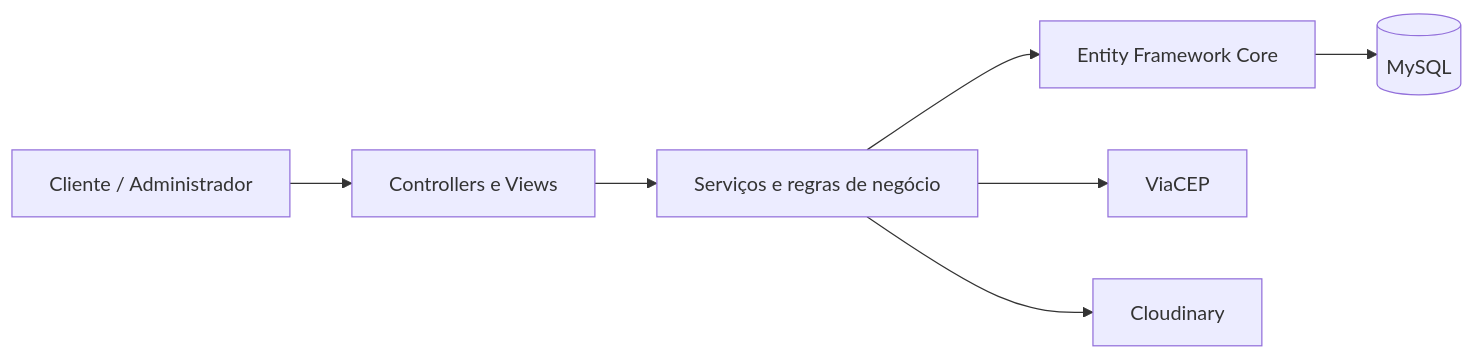
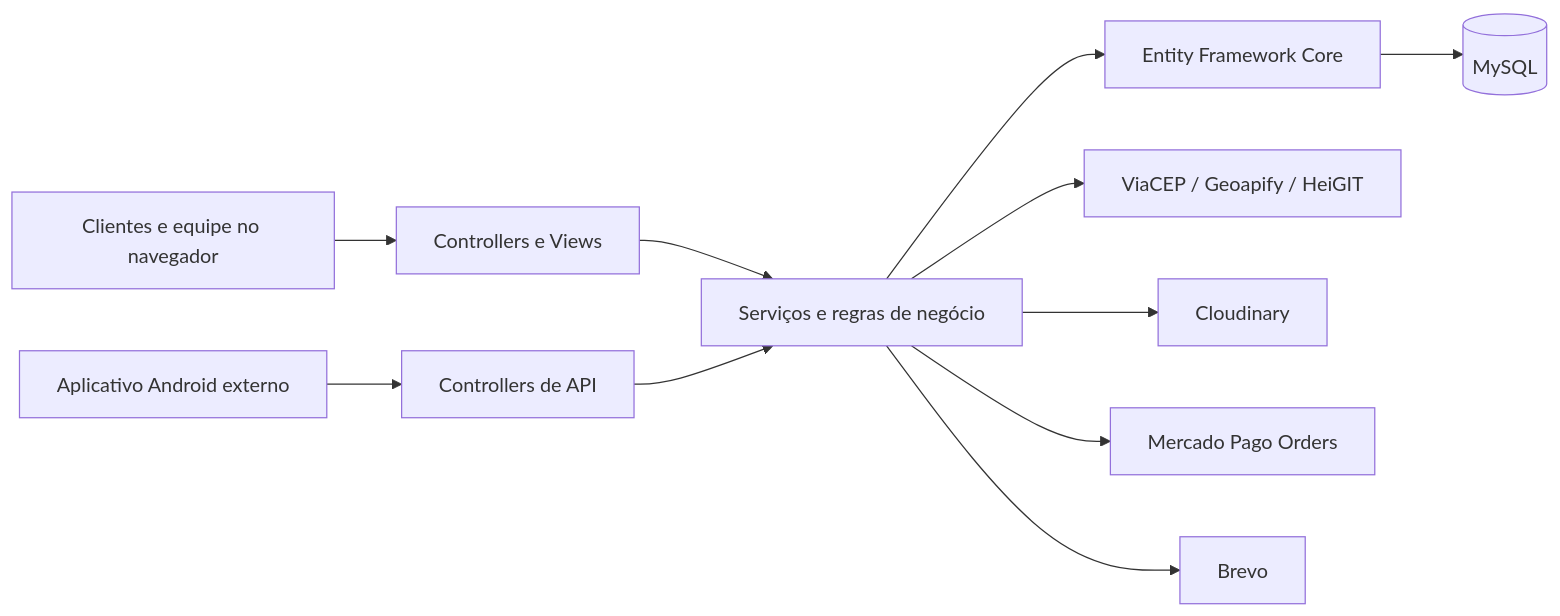
One commit to GhostRiley115/KioraRestaurante changed the diagram in README.md. Above: the diagram before and after it, drawn with Mermaid. The commit also changed other lines of this file and 268 other files, not shown here.

````diff
--- a/README.md
+++ b/README.md
@@ -46,9 +52,13 @@
 ```mermaid
 flowchart LR
-    Cliente[Cliente / Administrador] --> MVC[Controllers e Views]
+    Navegador[Clientes e equipe no navegador] --> MVC[Controllers e Views]
+    Android[Aplicativo Android externo] --> API[Controllers de API]
     MVC --> Servicos[Serviços e regras de negócio]
+    API --> Servicos
     Servicos --> EF[Entity Framework Core]
     EF --> DB[(MySQL)]
-    Servicos --> CEP[ViaCEP]
+    Servicos --> Enderecos[ViaCEP / Geoapify / HeiGIT]
     Servicos --> Imagens[Cloudinary]
+    Servicos --> Pagamentos[Mercado Pago Orders]
+    Servicos --> Email[Brevo]
 ```
````
